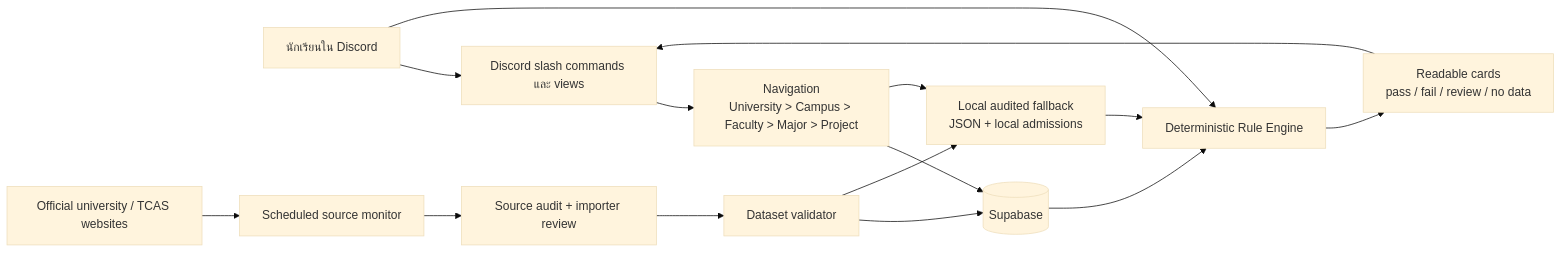
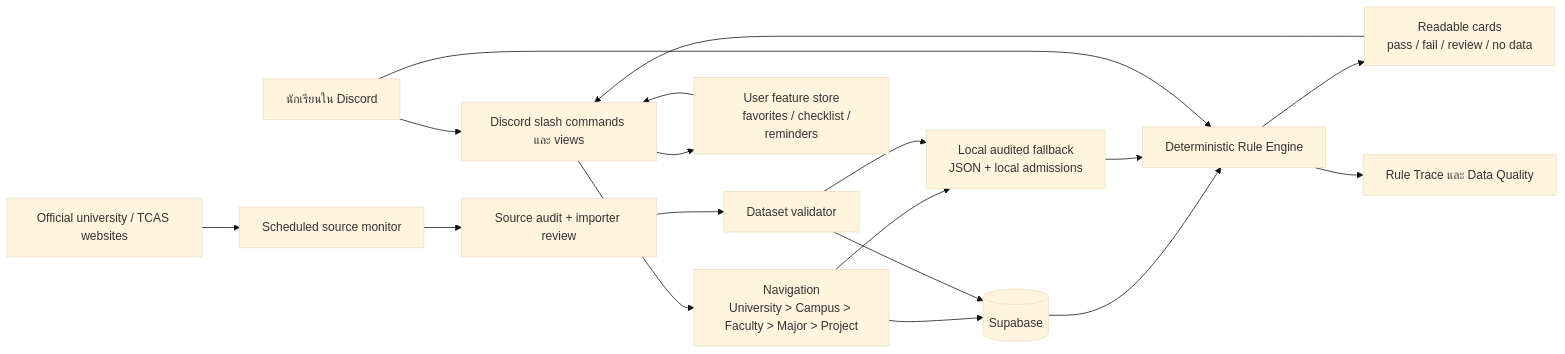
The first of 2 diagrams in docs/ARCHITECTURE.md (peerephat54/Bot_1), drawn with Mermaid (base theme) before and after one commit. The commit also changed other lines of this file and 10 other files, not shown here.

````diff
--- a/docs/ARCHITECTURE.md
+++ b/docs/ARCHITECTURE.md
@@ -9,29 +9,35 @@
 ```mermaid
 flowchart LR
     U[นักเรียนใน Discord]
     D[Discord slash commands และ views]
     N[Navigation\nUniversity > Campus > Faculty > Major > Project]
     S[(Supabase)]
     L[Local audited fallback\nJSON + local admissions]
     R[Deterministic Rule Engine]
     C[Readable cards\npass / fail / review / no data]
     W[Scheduled source monitor]
     O[Official university / TCAS websites]
     A[Source audit + importer review]
     V[Dataset validator]
+    T[Rule Trace และ Data Quality]
+    P[User feature store
+    favorites / checklist / reminders]
 
     U --> D
     D --> N
     N --> S
     N --> L
     S --> R
     L --> R
     U --> R
     R --> C
+    R --> T
     C --> D
+    D --> P
+    P --> D
     O --> W
     W --> A
     A --> V
     V --> S
     V --> L
 ```
````
